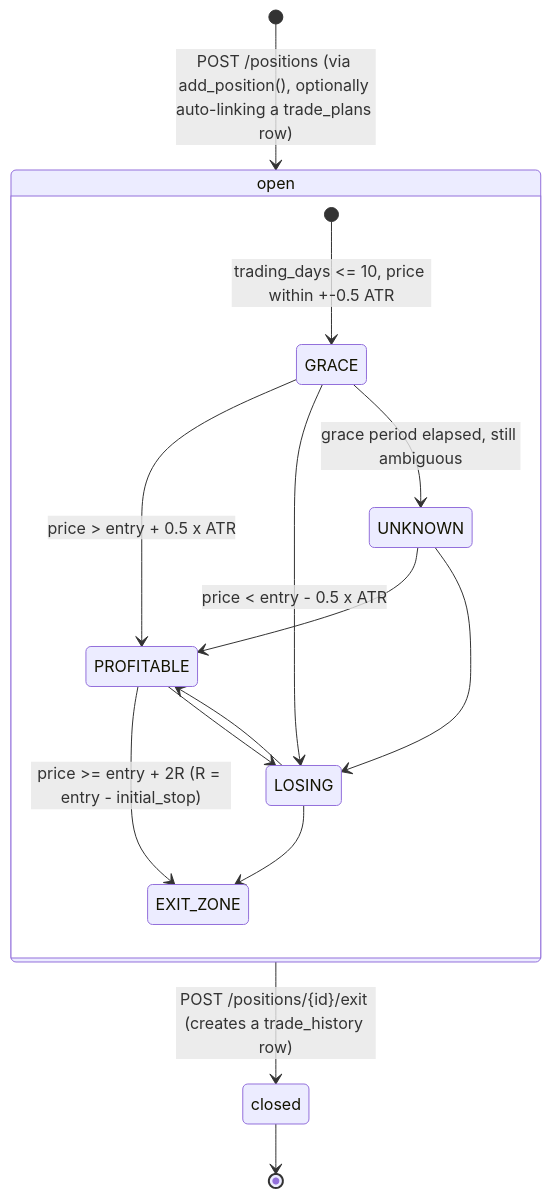
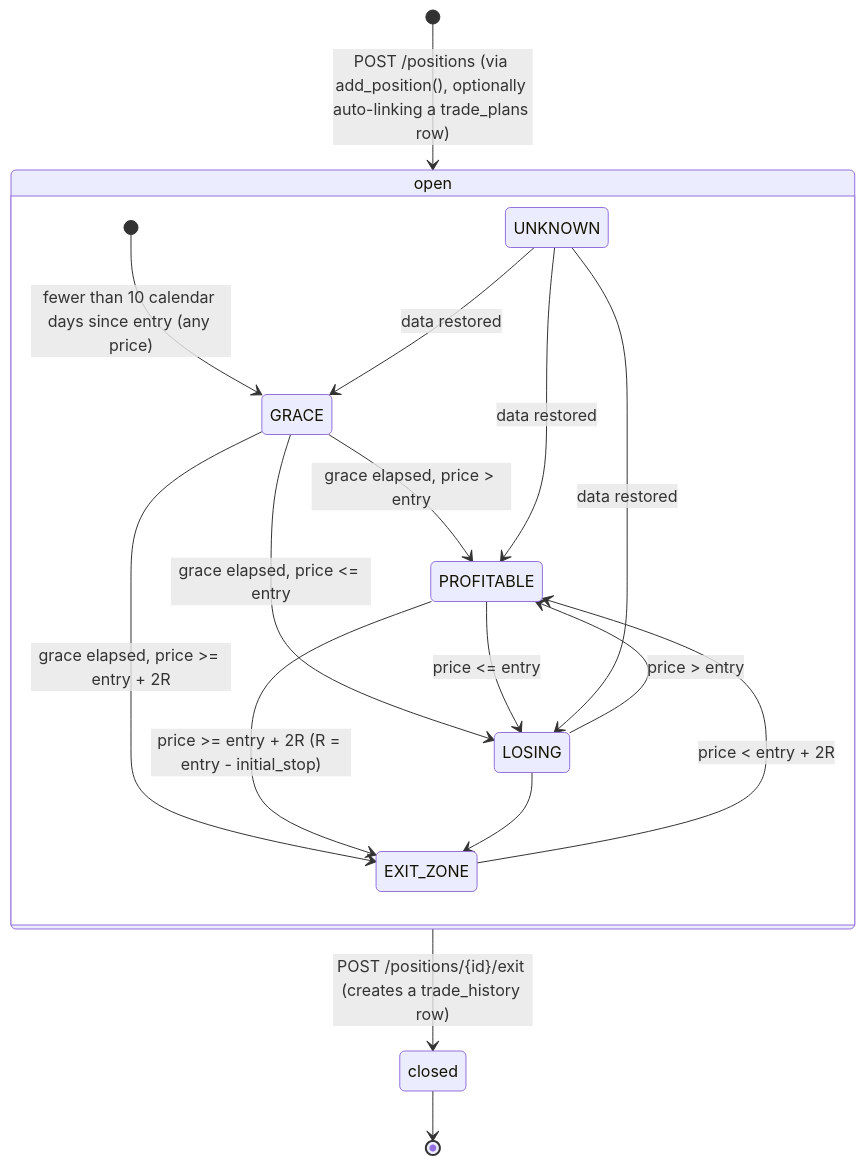
Before and after one commit to sachiv1984/swing-trading-model: the second of 2 diagrams in docs/specs/data_model.md, drawn with Mermaid. The commit also changed other lines of this file and 16 other files, not shown here.

````diff
--- a/docs/specs/data_model.md
+++ b/docs/specs/data_model.md
@@ -642,18 +642,20 @@
 ```mermaid
 stateDiagram-v2
     [*] --> open: POST /positions (via add_position(), optionally auto-linking a trade_plans row)
     state open {
-        [*] --> GRACE: trading_days <= 10, price within +-0.5 ATR
-        GRACE --> PROFITABLE: price > entry + 0.5 x ATR
-        GRACE --> LOSING: price < entry - 0.5 x ATR
-        GRACE --> UNKNOWN: grace period elapsed, still ambiguous
+        [*] --> GRACE: fewer than 10 calendar days since entry (any price)
+        GRACE --> PROFITABLE: grace elapsed, price > entry
+        GRACE --> LOSING: grace elapsed, price <= entry
+        GRACE --> EXIT_ZONE: grace elapsed, price >= entry + 2R
         PROFITABLE --> EXIT_ZONE: price >= entry + 2R (R = entry - initial_stop)
-        PROFITABLE --> LOSING
-        LOSING --> PROFITABLE
+        EXIT_ZONE --> PROFITABLE: price < entry + 2R
+        PROFITABLE --> LOSING: price <= entry
+        LOSING --> PROFITABLE: price > entry
         LOSING --> EXIT_ZONE
-        UNKNOWN --> PROFITABLE
-        UNKNOWN --> LOSING
+        UNKNOWN --> GRACE: data restored
+        UNKNOWN --> PROFITABLE: data restored
+        UNKNOWN --> LOSING: data restored
     }
     open --> closed: POST /positions/{id}/exit (creates a trade_history row)
     closed --> [*]
 ```
````
